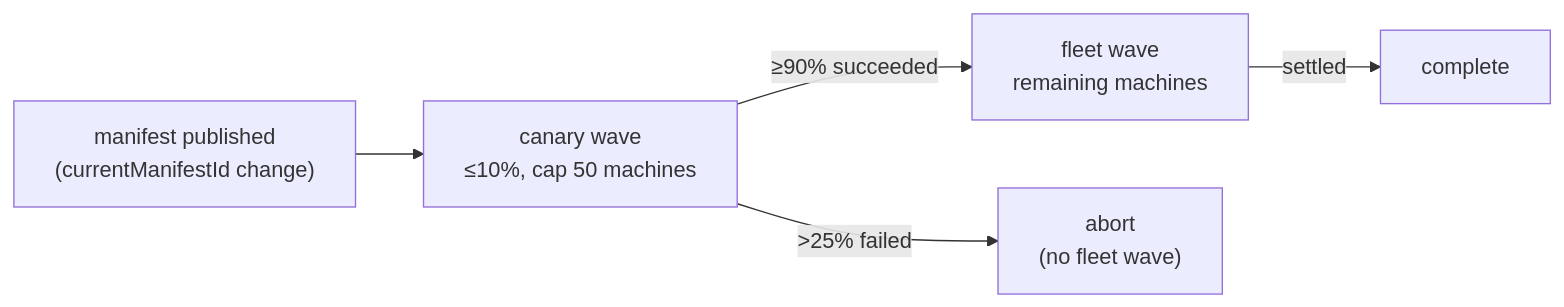
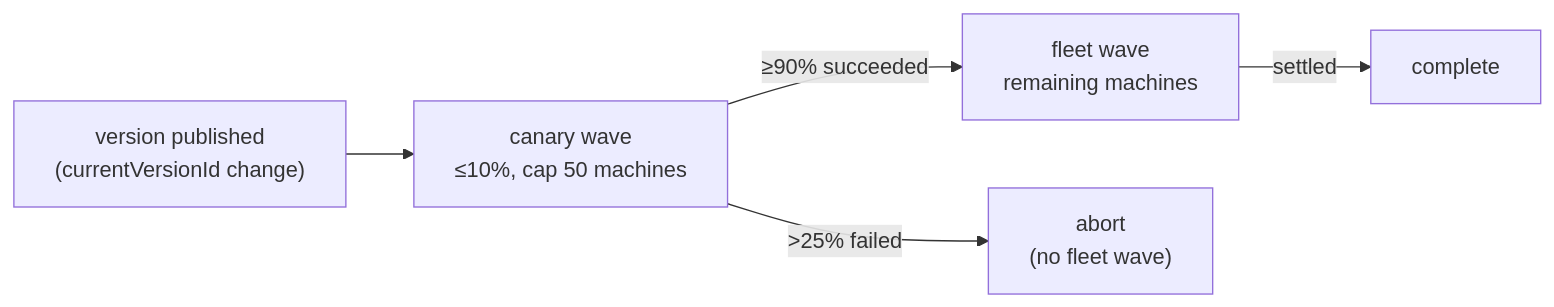
Before and after one commit to theexperiential/owlette: the tenth of 10 diagrams in docs/architecture.md, drawn with Mermaid. The commit also changed other lines of this file and 77 other files, not shown here.

````diff
--- a/docs/architecture.md
+++ b/docs/architecture.md
@@ -437,7 +458,7 @@
 ```mermaid
 flowchart LR
-    Pub["manifest published\n(currentManifestId change)"] --> Canary["canary wave\n≤10%, cap 50 machines"]
+    Pub["version published\n(currentVersionId change)"] --> Canary["canary wave\n≤10%, cap 50 machines"]
     Canary -->|"≥90% succeeded"| Fleet["fleet wave\nremaining machines"]
     Canary -->|">25% failed"| Abort["abort\n(no fleet wave)"]
     Fleet -->|"settled"| Complete["complete"]
 ```
````
